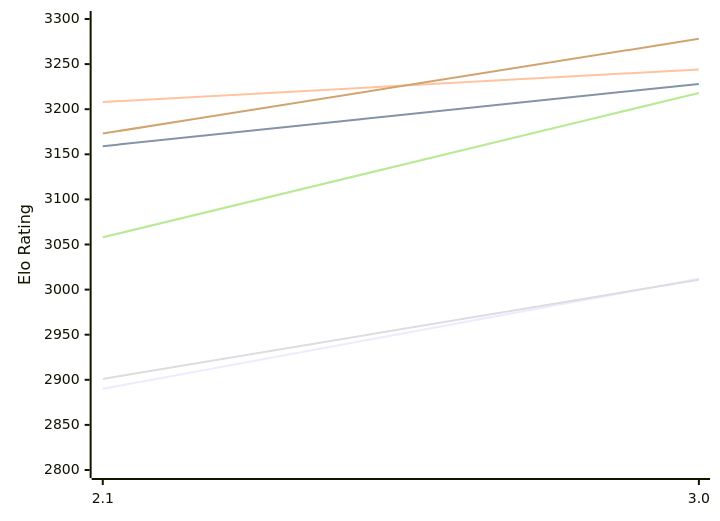
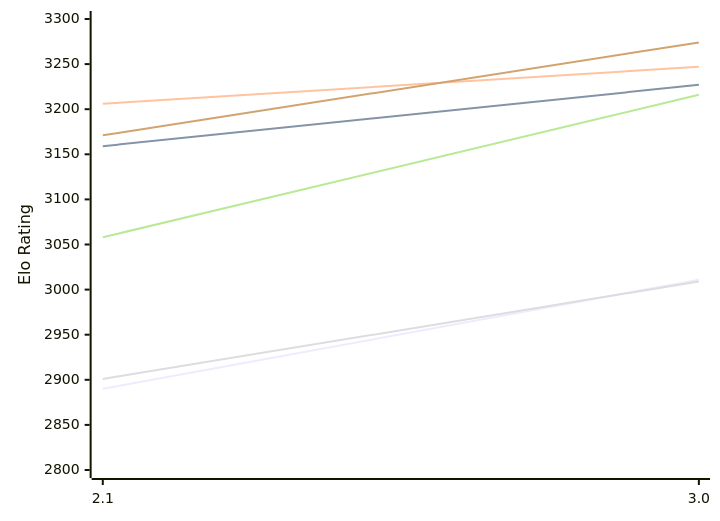
One commit to computer-chess-index/cci changed the first of 2 diagrams in engines/Quirky.md. Above: the diagram before and after it, drawn with Mermaid. The commit also changed other lines of this file, not shown here.

Commit message:
Update CCI Ratings (ELO VLTC) - 2026-11-19

````diff
--- a/engines/Quirky.md
+++ b/engines/Quirky.md
@@ -50,12 +50,12 @@
 ```mermaid
 %%{init: {"theme":"base","themeVariables":{"seriesColors:['#a3a3a3','#222221','#faa371']}}}%%
 xychart-beta
   x-axis ["2.1", "3.0"]
   y-axis "Elo Rating" 2800 --> 3300
-  line "E1: STC (8.0+0.08s)" [2890, 3012]
-  line "E1: LTC (60.0+0.60s)" [3159, 3228]
-  line "E1: VLTC (2m24s+1.12s)" [3208, 3244]
-  line "P1: STC (8.0+0.08s)" [2901, 3011]
-  line "P1: LTC (60.0+0.60s)" [3058, 3218]
-  line "P1: VLTC (2m24s+1.12s)" [3173, 3278]
+  line "E1: STC (8.0+0.08s)" [2890, 3011]
+  line "E1: LTC (60.0+0.60s)" [3159, 3227]
+  line "E1: VLTC (2m24s+1.12s)" [3206, 3247]
+  line "P1: STC (8.0+0.08s)" [2901, 3009]
+  line "P1: LTC (60.0+0.60s)" [3058, 3216]
+  line "P1: VLTC (2m24s+1.12s)" [3171, 3274]
 ```
````
